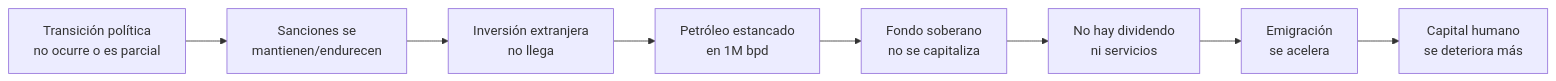
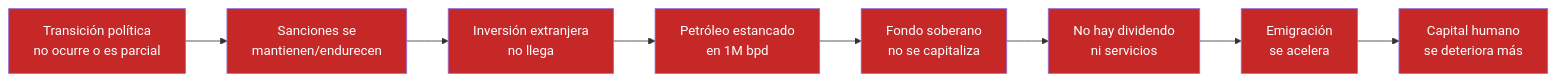
The second of 5 diagrams in docs/07-ejecucion/riesgos.md (Venezuela-S-A/venezuela-sa), drawn with Mermaid before and after one commit. The commit also changed other lines of this file and 127 other files, not shown here.

````diff
--- a/docs/07-ejecucion/riesgos.md
+++ b/docs/07-ejecucion/riesgos.md
@@ -139,10 +139,19 @@
 ```mermaid
 flowchart LR
     A[Transición política<br>no ocurre o es parcial] --> B[Sanciones se<br>mantienen/endurecen]
     B --> C[Inversión extranjera<br>no llega]
     C --> D[Petróleo estancado<br>en 1M bpd]
     D --> E[Fondo soberano<br>no se capitaliza]
     E --> F[No hay dividendo<br>ni servicios]
     F --> G[Emigración<br>se acelera]
     G --> H[Capital humano<br>se deteriora más]
+
+    style A fill:#C62828,color:#fff
+    style B fill:#C62828,color:#fff
+    style C fill:#C62828,color:#fff
+    style D fill:#C62828,color:#fff
+    style E fill:#C62828,color:#fff
+    style F fill:#C62828,color:#fff
+    style G fill:#C62828,color:#fff
+    style H fill:#C62828,color:#fff
 ```
````
